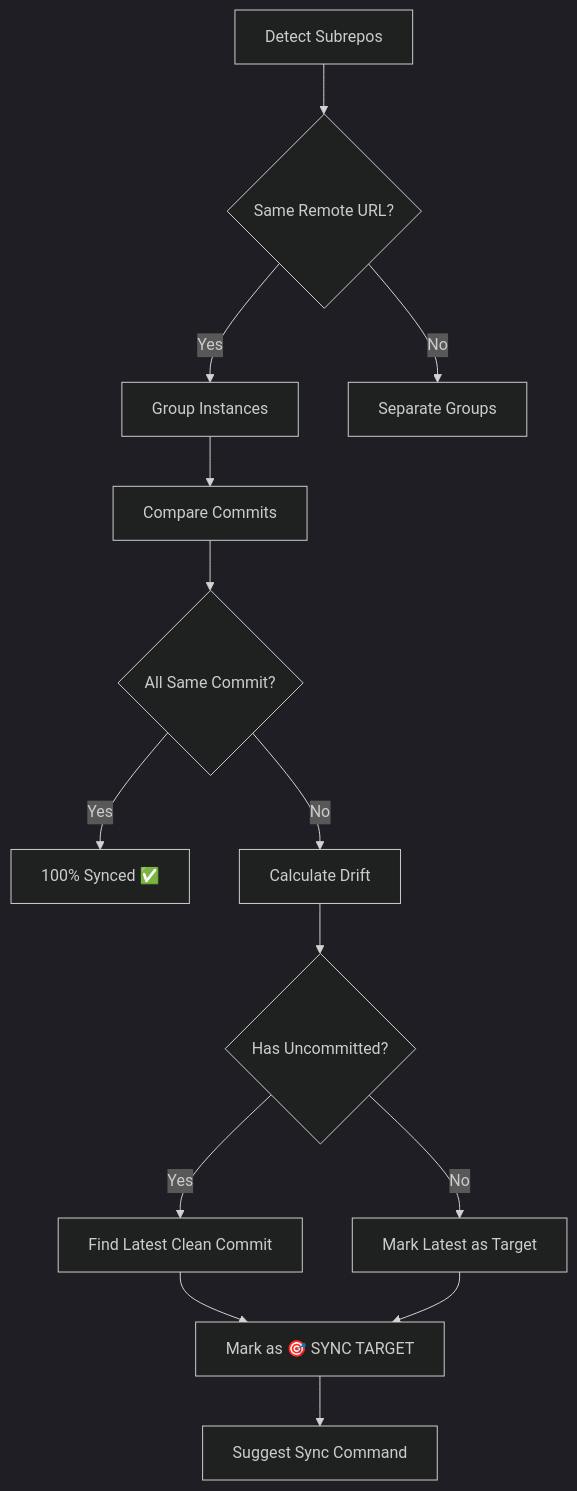
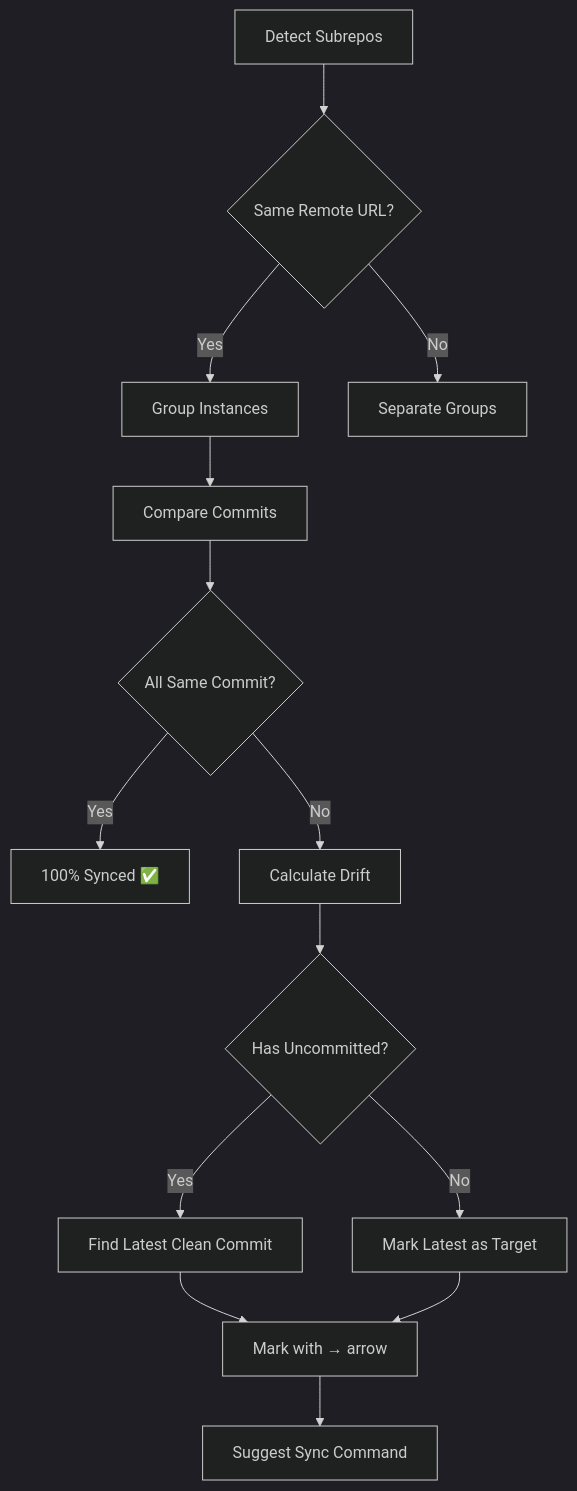
The diagram in docs/guides/subrepo_management.md (goobits/repos), drawn with Mermaid (dark theme) before and after one commit. The commit also changed other lines of this file and 11 other files, not shown here.

````diff
--- a/docs/guides/subrepo_management.md
+++ b/docs/guides/subrepo_management.md
@@ -63,16 +63,16 @@
 ```mermaid
 graph TD
     A[Detect Subrepos] --> B{Same Remote URL?}
     B -->|Yes| C[Group Instances]
     B -->|No| D[Separate Groups]
     C --> E[Compare Commits]
     E --> F{All Same Commit?}
     F -->|Yes| G[100% Synced ✅]
     F -->|No| H[Calculate Drift]
     H --> I{Has Uncommitted?}
     I -->|Yes| J[Find Latest Clean Commit]
     I -->|No| K[Mark Latest as Target]
-    J --> L[Mark as 🎯 SYNC TARGET]
+    J --> L[Mark with → arrow]
     K --> L
     L --> M[Suggest Sync Command]
 ```
````
